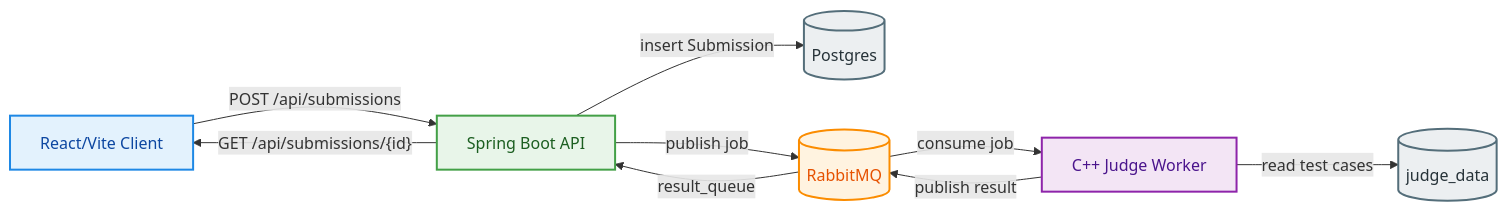
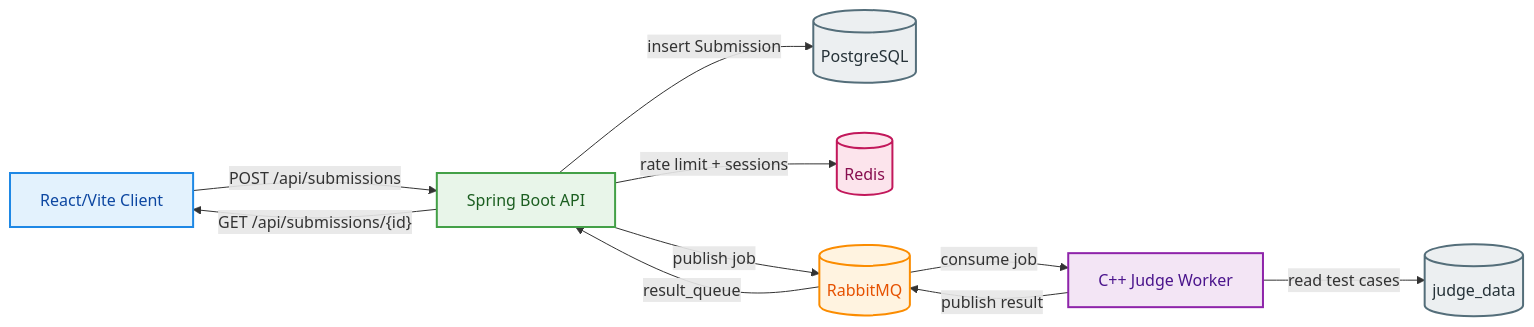
Before and after one commit to Jagapathi-Vallapuri/cp: the diagram in README.md, drawn with Mermaid. The commit also changed other lines of this file and 24 other files, not shown here.

````diff
--- a/README.md
+++ b/README.md
@@ -45,25 +51,28 @@
 ```mermaid
 flowchart LR
   UI[React/Vite Client] -->|"POST /api/submissions"| API[Spring Boot API]
-  API -->|"insert Submission"| DB[(Postgres)]
+  API -->|"insert Submission"| DB[(PostgreSQL)]
+  API -->|"rate limit + sessions"| REDIS[(Redis)]
   API -->|"publish job"| MQ[(RabbitMQ)]
   MQ -->|"consume job"| WORKER[C++ Judge Worker]
   WORKER -->|"read test cases"| DATA[(judge_data)]
   WORKER -->|"publish result"| MQ
   MQ -->|"result_queue"| API
   API -->|"GET /api/submissions/{id}"| UI
 
   %% ===== Colors =====
   classDef client fill:#E3F2FD,stroke:#1E88E5,color:#0D47A1,stroke-width:2px;
   classDef backend fill:#E8F5E9,stroke:#43A047,color:#1B5E20,stroke-width:2px;
   classDef queue fill:#FFF3E0,stroke:#FB8C00,color:#E65100,stroke-width:2px;
   classDef worker fill:#F3E5F5,stroke:#8E24AA,color:#4A148C,stroke-width:2px;
   classDef storage fill:#ECEFF1,stroke:#546E7A,color:#263238,stroke-width:2px;
+  classDef cache fill:#FCE4EC,stroke:#C2185B,color:#880E4F,stroke-width:2px;
 
   class UI client;
   class API backend;
   class MQ queue;
   class WORKER worker;
   class DB,DATA storage;
+  class REDIS cache;
 
 ```
````
